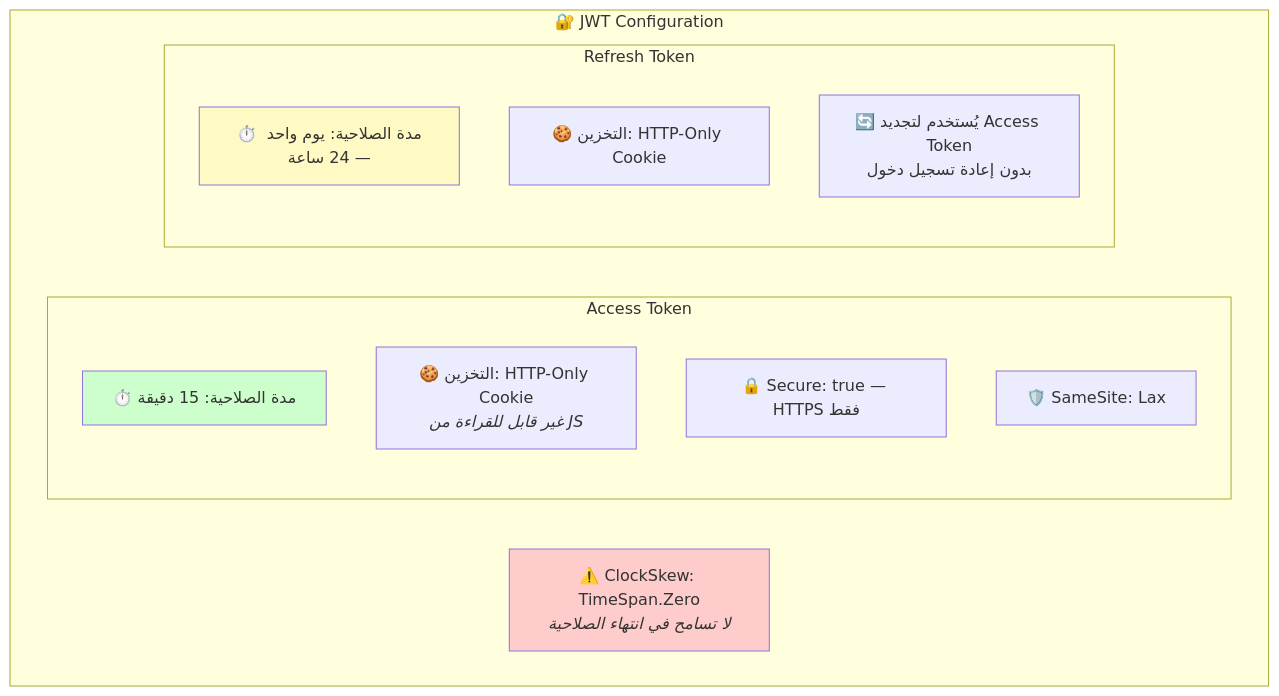
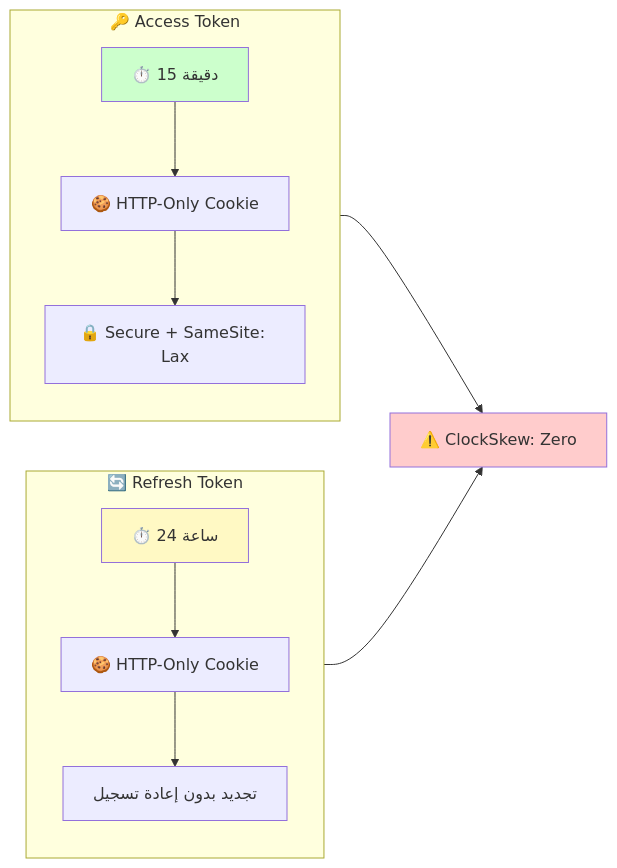
One commit to salahAbdellaoui/MPresentation changed diagram 17 of 22 in README.md. Above: the diagram before and after it, drawn with Mermaid. The commit also changed other lines of this file, not shown here.

````diff
--- a/README.md
+++ b/README.md
@@ -1049,21 +1036,16 @@
 ```mermaid
-graph TD
-    subgraph JWT["🔐 JWT Configuration"]
-        subgraph AT["Access Token"]
-            AT1["⏱️ مدة الصلاحية: 15 دقيقة"]
-            AT2["🍪 التخزين: HTTP-Only Cookie<br/><i>غير قابل للقراءة من JS</i>"]
-            AT3["🔒 Secure: true — HTTPS فقط"]
-            AT4["🛡️ SameSite: Lax"]
-        end
-        subgraph RT["Refresh Token"]
-            RT1["⏱️ مدة الصلاحية: يوم واحد — 24 ساعة"]
-            RT2["🍪 التخزين: HTTP-Only Cookie"]
-            RT3["🔄 يُستخدم لتجديد Access Token<br/>بدون إعادة تسجيل دخول"]
-        end
-        CS["⚠️ ClockSkew: TimeSpan.Zero<br/><i>لا تسامح في انتهاء الصلاحية</i>"]
+graph LR
+    subgraph AT["🔑 Access Token"]
+        AT1["⏱️ 15 دقيقة"] --> AT2["🍪 HTTP-Only Cookie"] --> AT3["🔒 Secure + SameSite: Lax"]
     end
+    subgraph RT["🔄 Refresh Token"]
+        RT1["⏱️ 24 ساعة"] --> RT2["🍪 HTTP-Only Cookie"] --> RT3["تجديد بدون إعادة تسجيل"]
+    end
+
+    AT --> CS["⚠️ ClockSkew: Zero"]
+    RT --> CS
 
     style AT1 fill:#ccffcc
     style RT1 fill:#fff9c4
     style CS fill:#ffcccc
 ```
````
